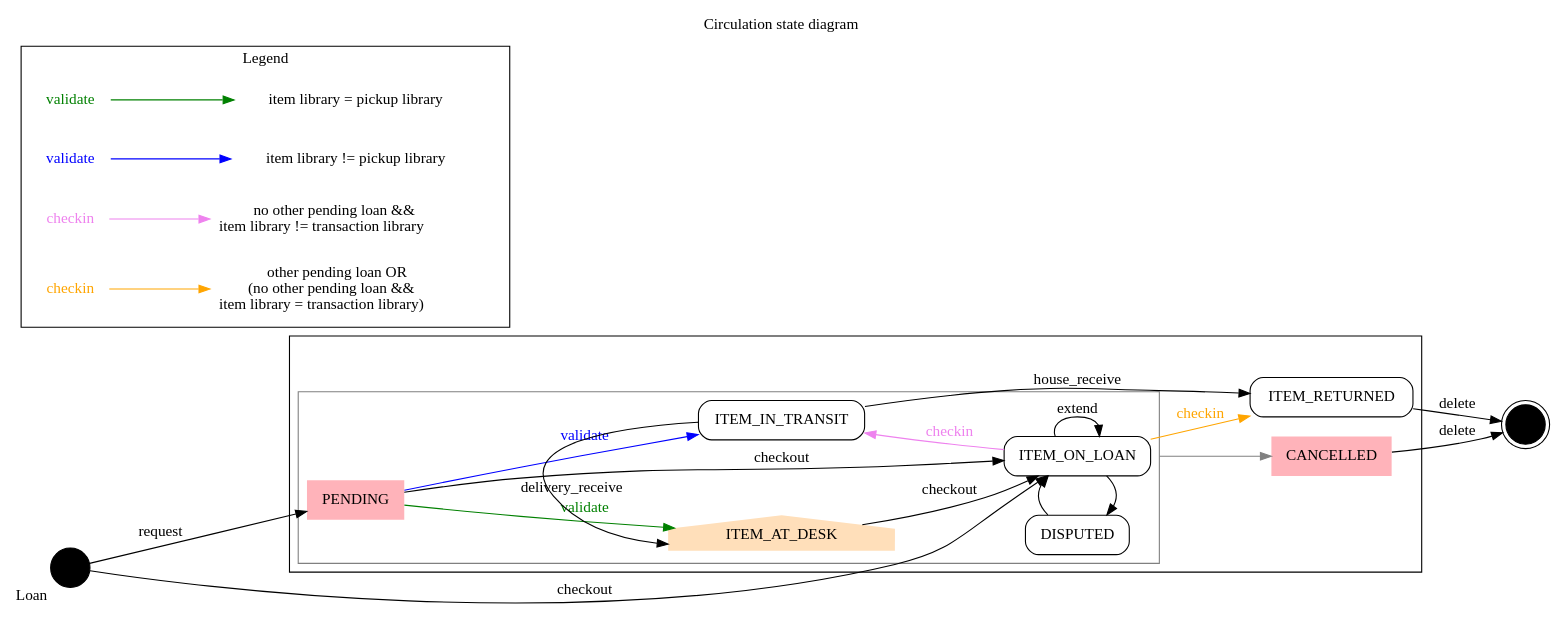
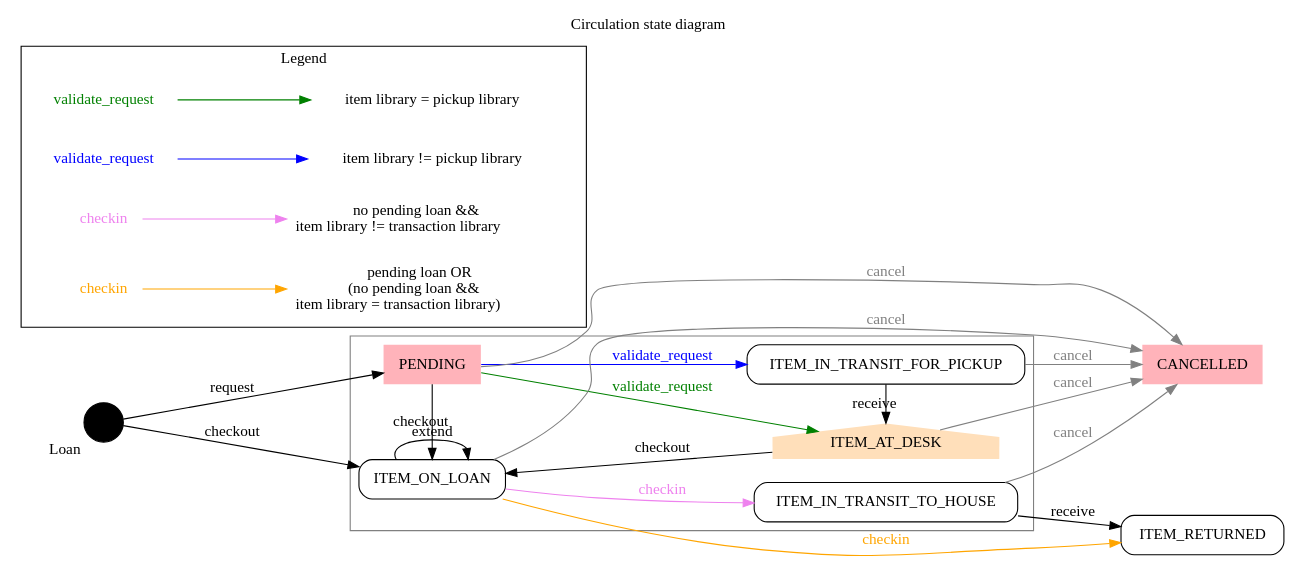
The diagram in doc/circulation/loan_states.dot (rero/rero-ils), drawn with Graphviz before and after one commit. The commit also changed 74 other files, not shown here.

```diff
--- a/doc/circulation/loan_states.dot
+++ b/doc/circulation/loan_states.dot
@@ -1,84 +1,79 @@
 digraph G {
 # Title
 label="Circulation state diagram";
 labelloc = "t"; # place label on top
 compound=True;
 
 # Configuration
 rankdir=LR;
 node [shape=rectangle style=rounded]; # change displaying box for states
 
 # Main states
 "CREATED" [label="" xlabel="Loan" shape=circle style=filled color=black];
 "PENDING" [color="transparent" style=filled fillcolor="#ffb3ba"];
 "ITEM_AT_DESK" [shape=house color="transparent" style=filled fillcolor="#ffdfba"];
-"ITEM_IN_TRANSIT";
+"ITEM_IN_TRANSIT_FOR_PICKUP";
+"ITEM_IN_TRANSIT_TO_HOUSE";
 "ITEM_ON_LOAN";
 "ITEM_RETURNED";
 "CANCELLED" [color="transparent" style=filled fillcolor="#ffb3ba"];
-"DISPUTED";
-"DELETED" [shape=doublecircle label="" style=filled fillcolor=black];
 
-# Subgraphs
-subgraph cluster_main {
+# Active states cluster
+subgraph cluster_0 {
+	# Configuration
+	node [style=filled];
 	label="";
-	"CANCELLED";
-	"ITEM_RETURNED";
-	subgraph cluster_0 {
-		# Configuration
-		node [style=filled];
-		label="";
-		color=gray;
-		# States
-		{ rank=same; "ITEM_AT_DESK", "ITEM_IN_TRANSIT"}
-		{ rank=same; "ITEM_ON_LOAN", "DISPUTED"}
-		# Transitions
-		"PENDING" -> "ITEM_ON_LOAN" [label=checkout];
-		"PENDING" -> "ITEM_AT_DESK" [label=validate color=green fontcolor=green];
-		"PENDING" -> "ITEM_IN_TRANSIT" [label=validate color=blue fontcolor=blue];
-		"ITEM_AT_DESK" -> "ITEM_ON_LOAN" [label=checkout];
-		"ITEM_ON_LOAN" -> "ITEM_IN_TRANSIT" [label=checkin color=violet fontcolor=violet];
-		"ITEM_ON_LOAN" -> "ITEM_ON_LOAN" [label=extend];
-		"ITEM_ON_LOAN" -> "DISPUTED";
-		"DISPUTED" -> "ITEM_ON_LOAN";
-		}
+	color=gray;
+	# States
+	{ rank=same; "ITEM_AT_DESK", "ITEM_IN_TRANSIT_FOR_PICKUP", "ITEM_IN_TRANSIT_TO_HOUSE"}
+	{ rank=same; "PENDING", "ITEM_ON_LOAN"}
+	# Transitions within active states
+	"PENDING" -> "ITEM_ON_LOAN" [label=checkout];
+	"PENDING" -> "ITEM_AT_DESK" [label=validate_request color=green fontcolor=green];
+	"PENDING" -> "ITEM_IN_TRANSIT_FOR_PICKUP" [label=validate_request color=blue fontcolor=blue];
+	"ITEM_AT_DESK" -> "ITEM_ON_LOAN" [label=checkout];
+	"ITEM_IN_TRANSIT_FOR_PICKUP" -> "ITEM_AT_DESK" [label=receive];
+	"ITEM_ON_LOAN" -> "ITEM_IN_TRANSIT_TO_HOUSE" [label=checkin color=violet fontcolor=violet];
+	"ITEM_ON_LOAN" -> "ITEM_ON_LOAN" [label=extend];
+}
 
-		# Transition from atdesk to main cluster
-		{ rank=same; "ITEM_RETURNED", "CANCELLED"}
-		"ITEM_ON_LOAN" -> "ITEM_RETURNED" [label=checkin color=orange fontcolor=orange];
-		"ITEM_IN_TRANSIT" -> "ITEM_AT_DESK" [label=<delivery_receive>];
-		"ITEM_IN_TRANSIT" -> "ITEM_RETURNED" [label=house_receive];
-	}
+# Transitions into terminal states
+"ITEM_ON_LOAN" -> "ITEM_RETURNED" [label=checkin color=orange fontcolor=orange];
+"ITEM_IN_TRANSIT_TO_HOUSE" -> "ITEM_RETURNED" [label=receive];
 
+# Cancel transitions (from any active state)
+"PENDING" -> "CANCELLED" [label=cancel color=gray fontcolor=gray];
+"ITEM_AT_DESK" -> "CANCELLED" [label=cancel color=gray fontcolor=gray];
+"ITEM_IN_TRANSIT_FOR_PICKUP" -> "CANCELLED" [label=cancel color=gray fontcolor=gray];
+"ITEM_ON_LOAN" -> "CANCELLED" [label=cancel color=gray fontcolor=gray];
+"ITEM_IN_TRANSIT_TO_HOUSE" -> "CANCELLED" [label=cancel color=gray fontcolor=gray];
+
+# Entry points
 "CREATED" -> "PENDING" [label=request];
 "CREATED" -> "ITEM_ON_LOAN" [label=checkout];
-"ITEM_RETURNED" -> "DELETED" [label=delete];
-"CANCELLED" -> "DELETED" [label=delete];
-
-"ITEM_ON_LOAN" -> "CANCELLED" [ltail=cluster_0 color=gray];
 
 # Legend
 subgraph cluster_legend {
 # Config
 node [shape=plaintext style=solid];
 label="Legend";
 # Elements
-"Green" [label="validate" fontcolor=green];
+"Green" [label="validate_request" fontcolor=green];
 "Green2" [label="item library = pickup library"];
-"Blue" [label="validate" fontcolor=blue];
+"Blue" [label="validate_request" fontcolor=blue];
 "Blue2" [label="item library != pickup library"];
 "Violet" [label="checkin" fontcolor=violet];
-"Violet2" [label=<no other pending loan &amp;&amp;<br/> item library != transaction library>];
+"Violet2" [label=<no pending loan &amp;&amp;<br/> item library != transaction library>];
 "Orange" [label="checkin" fontcolor=orange];
-"Orange2" [label=<other pending loan OR<br/> (no other pending loan &amp;&amp;<br/> item library = transaction library)>];
+"Orange2" [label=<pending loan OR<br/> (no pending loan &amp;&amp;<br/> item library = transaction library)>];
 # Align elements
 {rank=same; "Green", "Blue", "Violet", "Orange"}
 {rank=same; "Green2", "Blue2", "Violet2", "Orange2"}
 # Create arrows
 "Green" -> "Green2" [color=green];
 "Blue" -> "Blue2" [color=blue];
 "Violet" -> "Violet2" [color=violet];
 "Orange" -> "Orange2" [color=orange];
 }
 
 }
```
